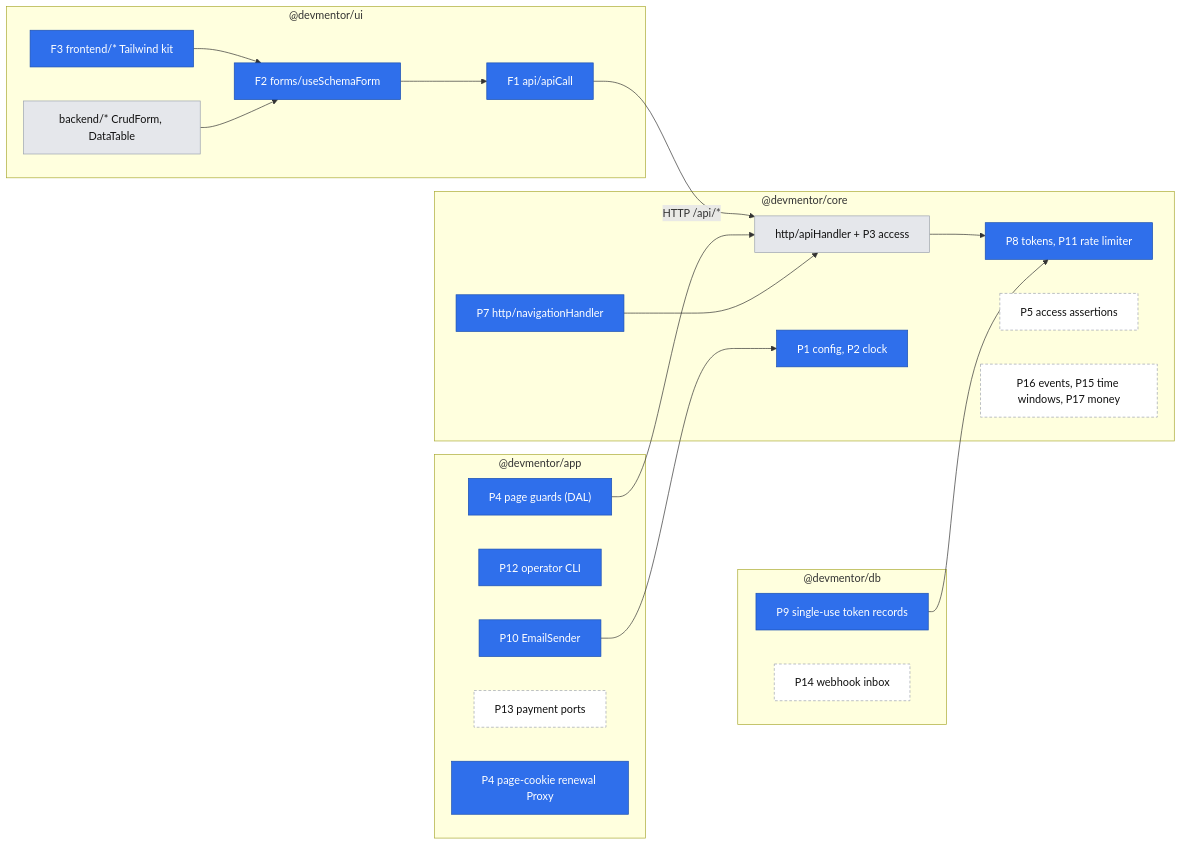
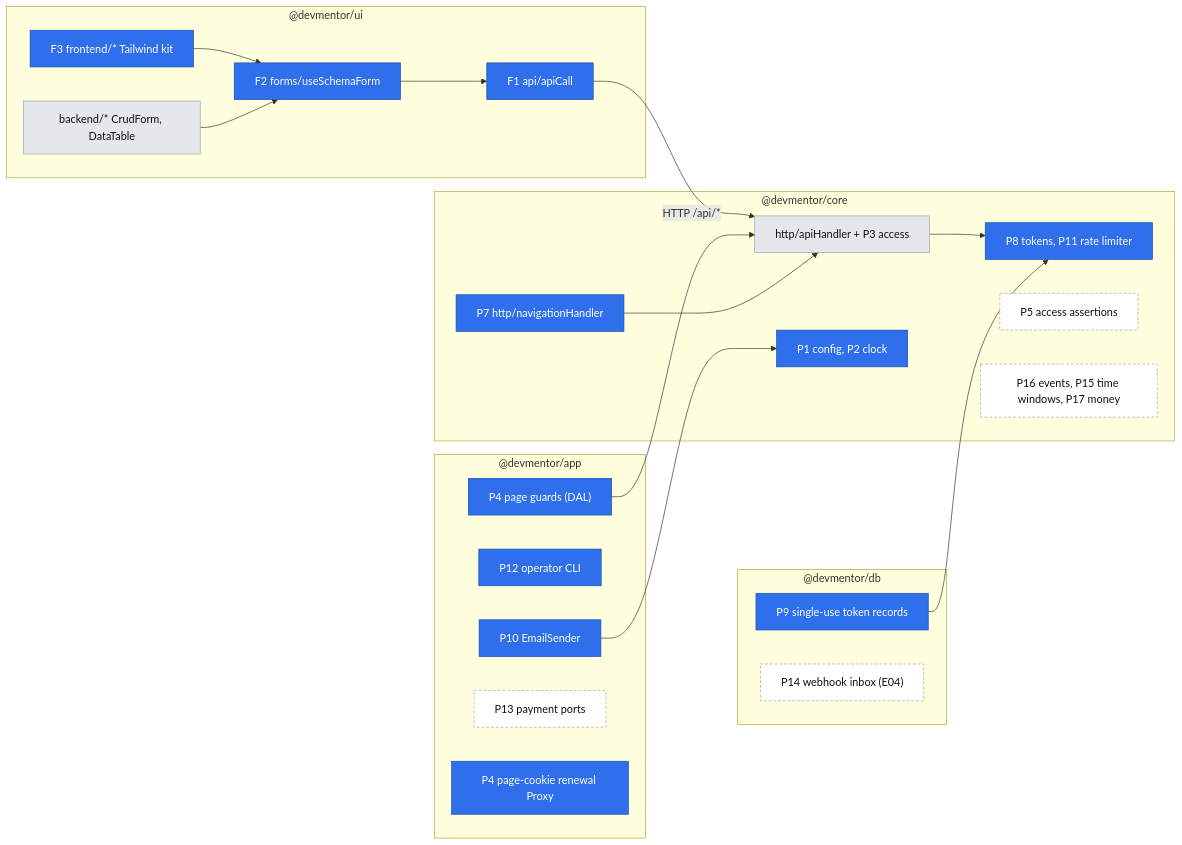
One commit to rafsaw/ai_techleaders changed the diagram in .ai/specs/2026-10-17-platform-primitives.md. Above: the diagram before and after it, drawn with Mermaid. The commit also changed other lines of this file and 6 other files, not shown here.

````diff
--- a/.ai/specs/2026-10-17-platform-primitives.md
+++ b/.ai/specs/2026-10-17-platform-primitives.md
@@ -137,41 +137,41 @@
 ```mermaid
 flowchart LR
     classDef existing fill:#e5e7eb,color:#111,stroke:#9ca3af
     classDef e01 fill:#2f6feb,color:#fff,stroke:#1b4fb0
     classDef planned fill:#fff,color:#111,stroke:#9ca3af,stroke-dasharray: 4 3
 
     subgraph ui["@devmentor/ui"]
       api["F1 api/apiCall"]:::e01
       formcore["F2 forms/useSchemaForm"]:::e01
       fk["F3 frontend/* Tailwind kit"]:::e01
       bk["backend/* CrudForm, DataTable"]:::existing
     end
     subgraph core["@devmentor/core"]
       h["http/apiHandler + P3 access"]:::existing
       nav["P7 http/navigationHandler"]:::e01
       sec["P8 tokens, P11 rate limiter"]:::e01
       assertions["P5 access assertions"]:::planned
       cfg["P1 config, P2 clock"]:::e01
       ev["P16 events, P15 time windows, P17 money"]:::planned
     end
     subgraph db["@devmentor/db"]
       sut["P9 single-use token records"]:::e01
-      inbox["P14 webhook inbox"]:::planned
+      inbox["P14 webhook inbox (E04)"]:::planned
     end
     subgraph app["@devmentor/app"]
       guards["P4 page guards (DAL)"]:::e01
       cli["P12 operator CLI"]:::e01
       ports["P10 EmailSender"]:::e01
       paymentports["P13 payment ports"]:::planned
       cookieproxy["P4 page-cookie renewal Proxy"]:::e01
     end
     fk --> formcore
     bk --> formcore
     formcore --> api
     api -->|"HTTP /api/*"| h
     guards --> h
     nav --> h
     h --> sec
     ports --> cfg
     sut --> sec
 ```
````
